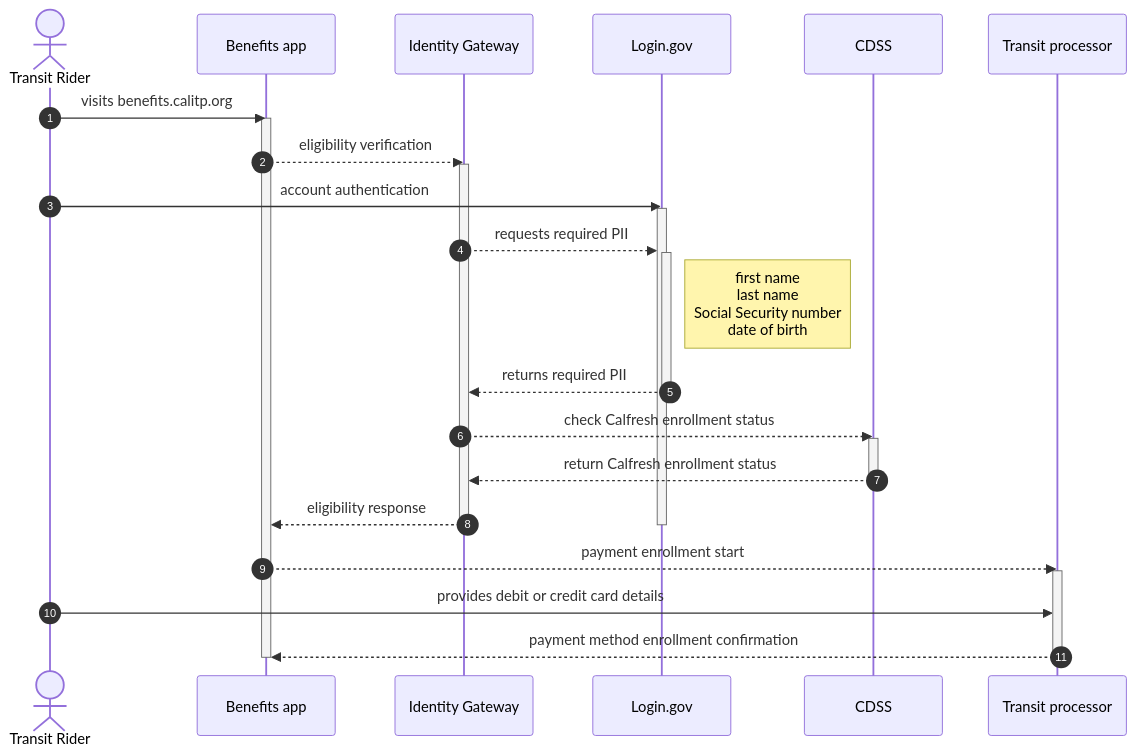
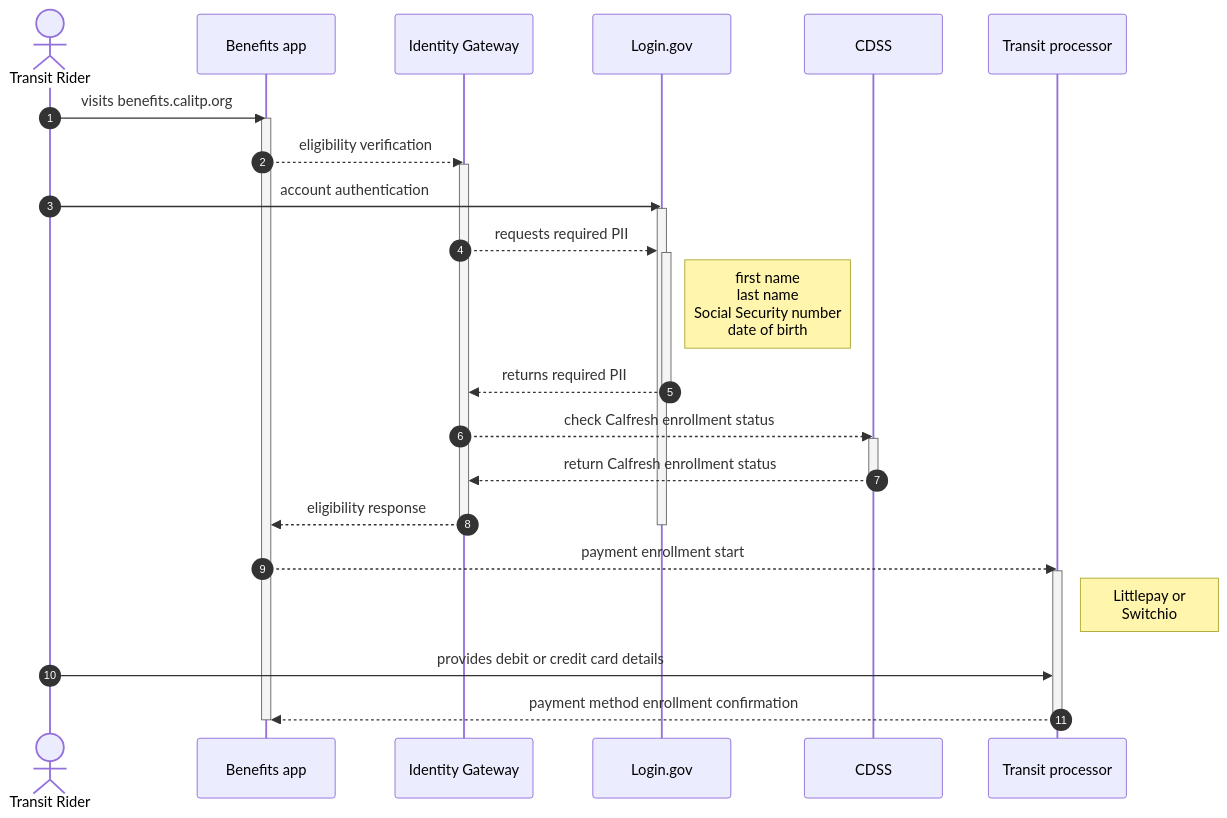
Before and after one commit to cal-itp/benefits: the diagram in docs/enrollment-pathways/low-income.md, drawn with Mermaid. The commit also changed other lines of this file, not shown here.

````diff
--- a/docs/enrollment-pathways/low-income.md
+++ b/docs/enrollment-pathways/low-income.md
@@ -21,35 +21,36 @@
 ```mermaid
 sequenceDiagram
 autonumber
 %% Low-income Rider Enrollment Pathway
     actor Transit Rider
     participant Benefits as Benefits app
     participant IdG as Identity Gateway
     participant Login.gov
     participant CDSS
     participant Transit processor
 Transit Rider->>Benefits: visits benefits.calitp.org
     activate Benefits
 Benefits-->>IdG: eligibility verification
     activate IdG
 Transit Rider->>Login.gov: account authentication
     activate Login.gov
 IdG-->>Login.gov: requests required PII
     activate Login.gov
     Note right of Login.gov: first name<br>last name<br>Social Security number<br>date of birth
 Login.gov-->>IdG: returns required PII
     deactivate Login.gov
 IdG-->>CDSS: check Calfresh enrollment status
     activate CDSS
 CDSS-->>IdG: return Calfresh enrollment status
     deactivate CDSS
 IdG-->>Benefits: eligibility response
     deactivate IdG
     deactivate Login.gov
 Benefits-->>Transit processor: payment enrollment start
     activate Transit processor
+    Note right of Transit processor: Littlepay or<br> Switchio
 Transit Rider->>Transit processor: provides debit or credit card details
 Transit processor-->>Benefits: payment method enrollment confirmation
     deactivate Transit processor
     deactivate Benefits
 ```
````
